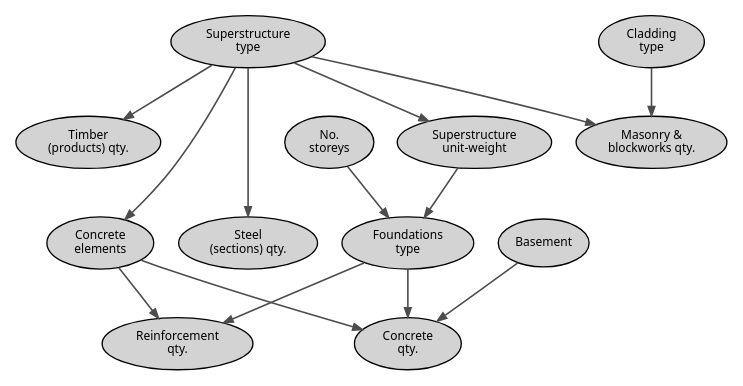
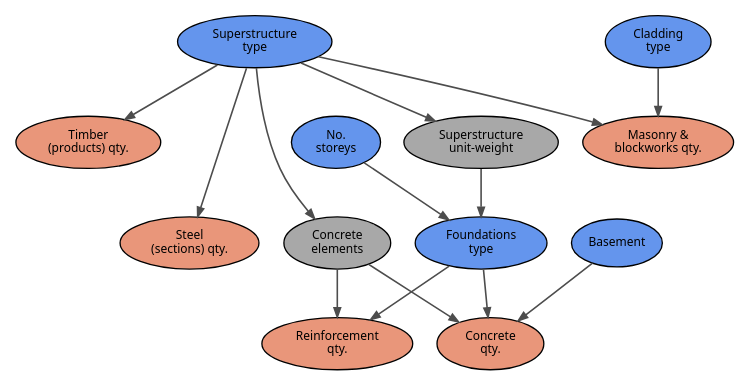
One commit to bernardinodamico/Probabilistic_carbon_building_structures changed the diagram in DAG_Script/DAG.gv. Above: the diagram before and after it, drawn with Graphviz. The commit also changed 2 other files, not shown here.

```diff
--- a/DAG_Script/DAG.gv
+++ b/DAG_Script/DAG.gv
@@ -1,88 +1,78 @@
 digraph G {
 	graph [K=100.6,
 		dim=2,
 		sep=5.2,
 		splines=true
 	];
 	node [concentrate=true,
-		fillcolor=gray66,
+		fillcolor=darksalmon,
 		fontname=Sans,
 		fontsize=9,
 		penwidth=1,
 		shape=oval,
 		style=filled
 	];
 	edge [arrowhead=normal,
 		arrowsize=0.7,
 		color=gray30,
 		penwidth=1.2
 	];
+	"Superstructure 
+unit-weight"	[concentrate="",
+		fillcolor=gray66];
+	"Foundations 
+type"	[fillcolor=cornflowerblue,
+		penwidth=1.];
+	"Superstructure 
+unit-weight" -> "Foundations 
+type";
+	"Concrete 
+elements"	[concentrate="",
+		fillcolor=gray66];
+	"Concrete 
+elements" -> "Reinforcement 
+qty.";
+	"Concrete 
+elements" -> "Concrete 
+qty.";
 	"No. 
-storeys"	[fillcolor="",
-		penwidth=1.];
-	"Foundations 
-type"	[fillcolor="",
+storeys"	[fillcolor=cornflowerblue,
 		penwidth=1.];
 	"No. 
 storeys" -> "Foundations 
 type"	[minlen=1];
 	"Cladding 
-type"	[fillcolor="",
+type"	[fillcolor=cornflowerblue,
 		penwidth=1.];
-	"Masonry & 
-blockworks qty."	[fillcolor=""];
 	"Cladding 
 type" -> "Masonry & 
 blockworks qty."	[minlen=1];
 	"Superstructure 
-type"	[fillcolor="",
-		penwidth=1.];
-	"Superstructure 
-unit-weight"	[fillcolor="",
+type"	[fillcolor=cornflowerblue,
 		penwidth=1.];
 	"Superstructure 
 type" -> "Superstructure 
 unit-weight";
-	"Concrete 
-elements"	[fillcolor="",
-		penwidth=1.];
 	"Superstructure 
 type" -> "Concrete 
 elements";
 	"Superstructure 
 type" -> "Masonry & 
 blockworks qty.";
-	"Timber 
-(products) qty."	[fillcolor=""];
 	"Superstructure 
 type" -> "Timber 
 (products) qty."	[minlen=1];
-	"Steel 
-(sections) qty."	[fillcolor=""];
 	"Superstructure 
 type" -> "Steel 
 (sections) qty."	[minlen=2];
-	"Superstructure 
-unit-weight" -> "Foundations 
-type";
-	"Reinforcement 
-qty."	[fillcolor=""];
-	"Concrete 
-elements" -> "Reinforcement 
-qty.";
-	"Concrete 
-qty."	[fillcolor=""];
-	"Concrete 
-elements" -> "Concrete 
-qty.";
-	Basement	[fillcolor="",
+	Basement	[fillcolor=cornflowerblue,
 		penwidth=1.];
 	Basement -> "Concrete 
 qty."	[minlen=1];
 	"Foundations 
 type" -> "Reinforcement 
 qty.";
 	"Foundations 
 type" -> "Concrete 
 qty.";
 }
```
